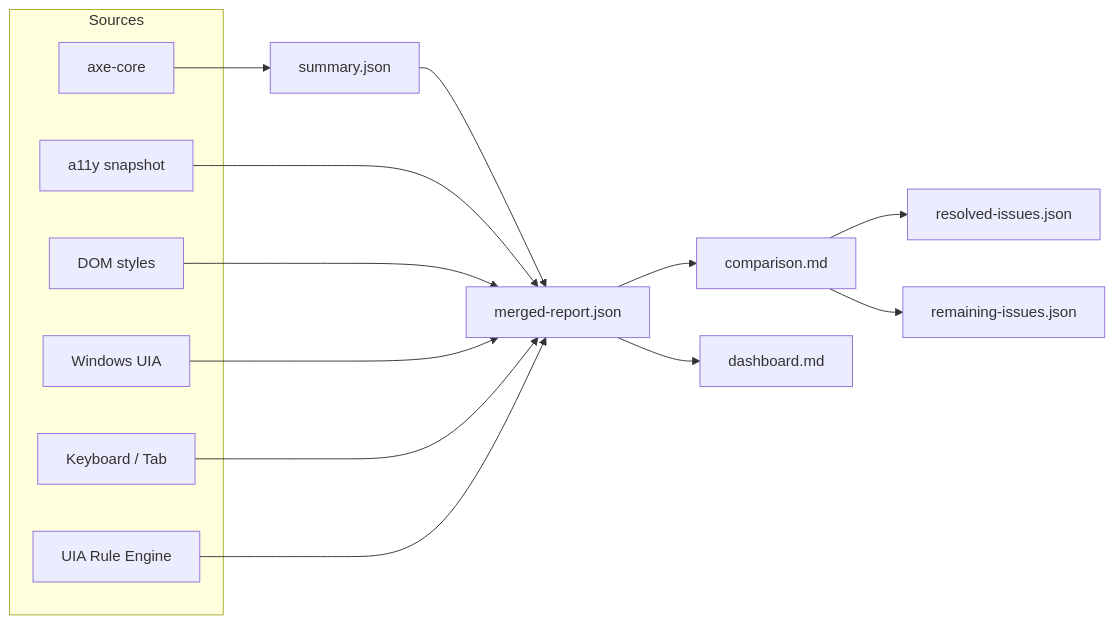
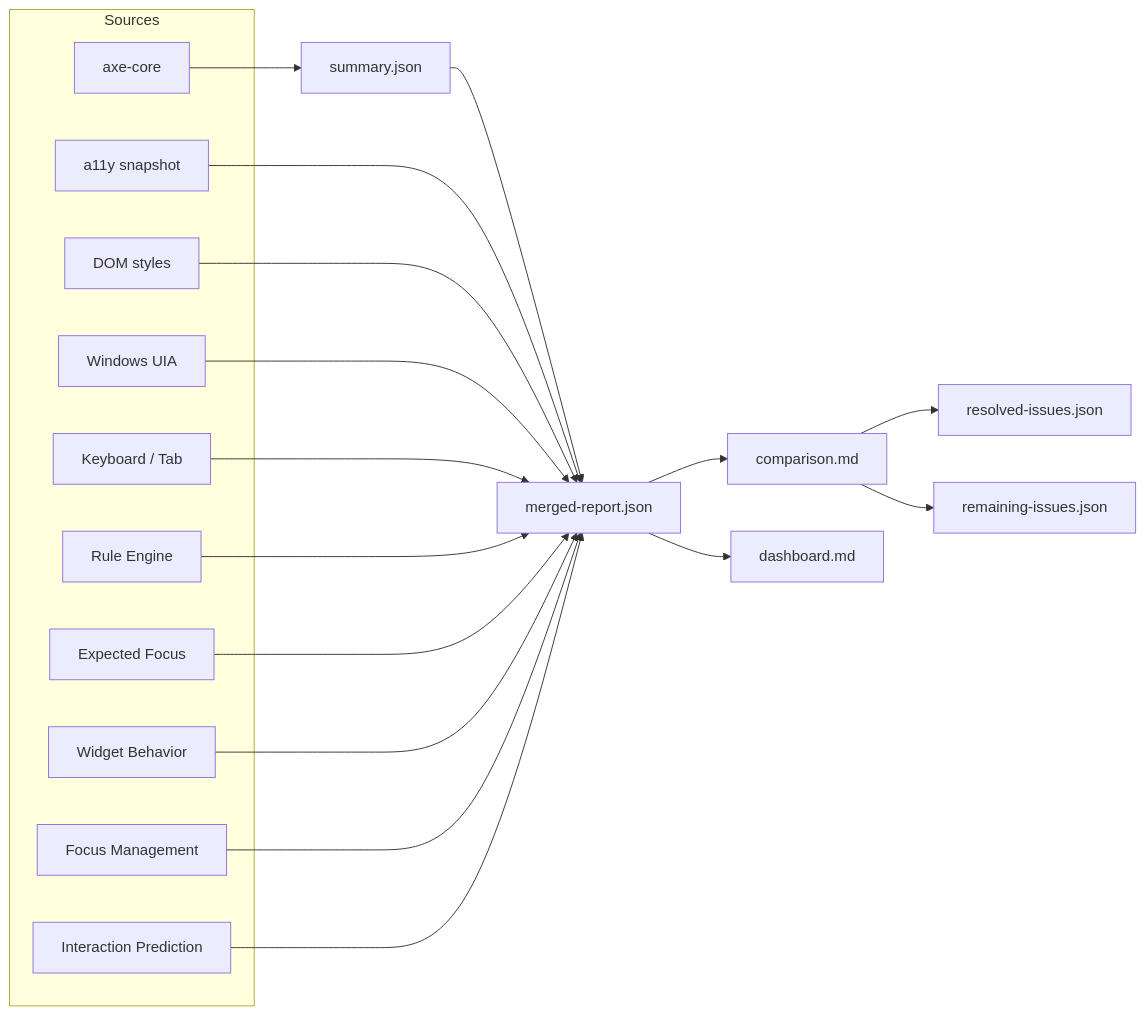
Before and after one commit to vivek1952p/GiftApp: the seventh of 8 diagrams in ADA Harness/ARCHITECTURE.md, drawn with Mermaid. The commit also changed other lines of this file and 60 other files, not shown here.

````diff
--- a/ADA Harness/ARCHITECTURE.md
+++ b/ADA Harness/ARCHITECTURE.md
@@ -227,22 +328,30 @@
 ```mermaid
 flowchart LR
     subgraph inputs["Sources"]
         A[axe-core]
         B["a11y snapshot"]
         C["DOM styles"]
         D["Windows UIA"]
         E["Keyboard / Tab"]
-        G["UIA Rule Engine"]
+        G["Rule Engine"]
+        H["Expected Focus"]
+        I["Widget Behavior"]
+        J["Focus Management"]
+        K["Interaction Prediction"]
     end
     A --> S[summary.json]
     S --> M[merged-report.json]
     B --> M
     C --> M
     D --> M
     E --> M
     G --> M
+    H --> M
+    I --> M
+    J --> M
+    K --> M
     M --> CM[comparison.md]
     M --> DB[dashboard.md]
     CM --> RES[resolved-issues.json]
     CM --> REM[remaining-issues.json]
 ```
````
